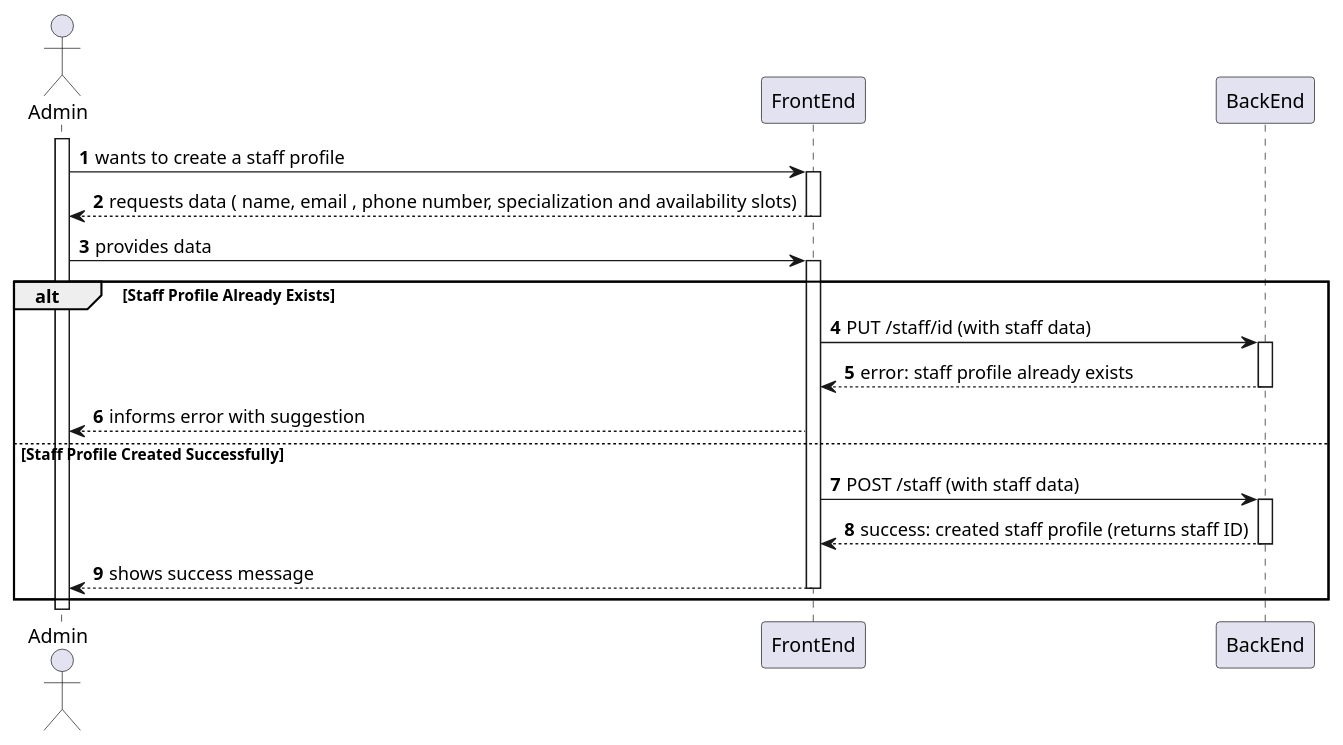
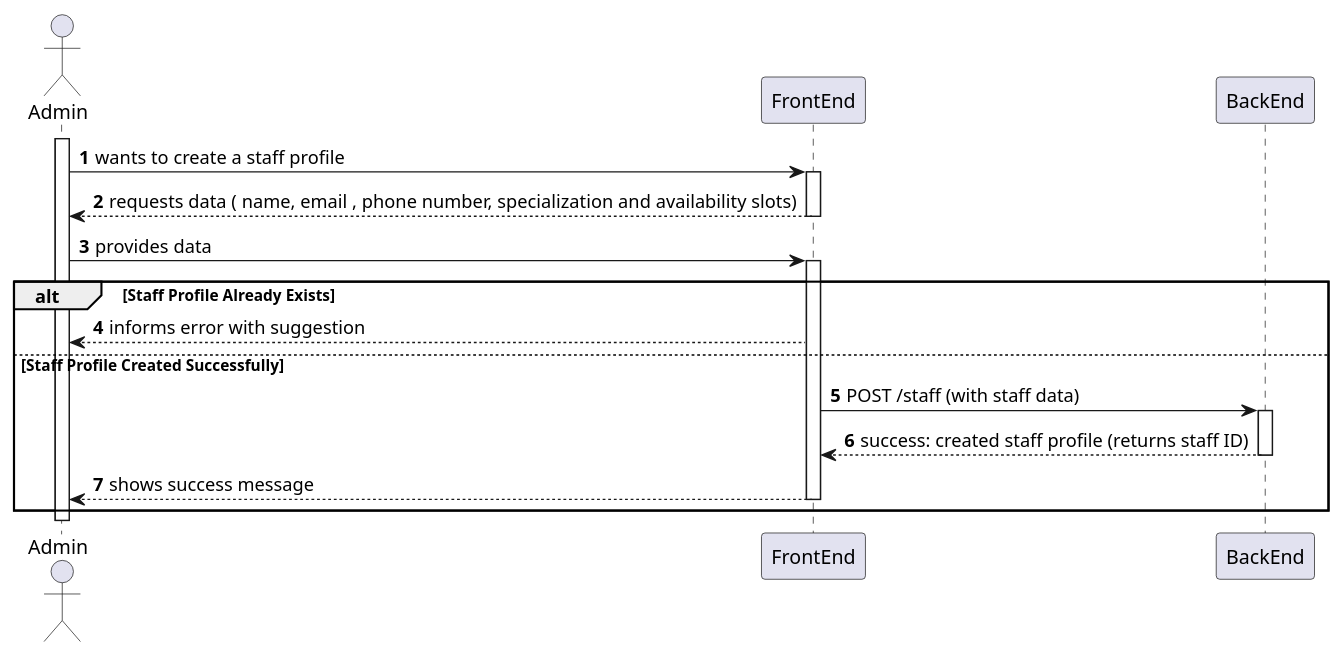
One commit to MiguelCardoso77/SurgicalSync-BackEnd changed the diagram in Wiki/SprintA/diagrams/use-cases/18-create-a-new-staff-profile/level2/process-view.puml. Above: the diagram before and after it, drawn with PlantUML. The commit also changed 5 other files, not shown here.

```diff
--- a/Wiki/SprintA/diagrams/use-cases/18-create-a-new-staff-profile/level2/process-view.puml
+++ b/Wiki/SprintA/diagrams/use-cases/18-create-a-new-staff-profile/level2/process-view.puml
@@ -1,43 +1,38 @@
 @startuml
 autonumber
 
 actor "Admin" as USER
 
 participant "FrontEnd" as FE
 participant "BackEnd" as BE
 
 activate USER
 
     USER -> FE : wants to create a staff profile
     activate FE
     
         FE --> USER : requests data ( name, email , phone number, specialization and availability slots)
     deactivate FE
 
     USER -> FE : provides data
     activate FE
     
             alt Staff Profile Already Exists
                
-                FE -> BE : PUT /staff/id (with staff data)
-                activate BE
-                
-                    BE --> FE : error: staff profile already exists
-                deactivate BE
                 
                 FE --> USER : informs error with suggestion
             else Staff Profile Created Successfully
             
                 FE -> BE : POST /staff (with staff data)
                 activate BE
                 
                     BE --> FE : success: created staff profile (returns staff ID)
                 deactivate BE
                         
         FE --> USER : shows success message
     deactivate FE
     end
             
 deactivate USER
 
 @enduml
```
